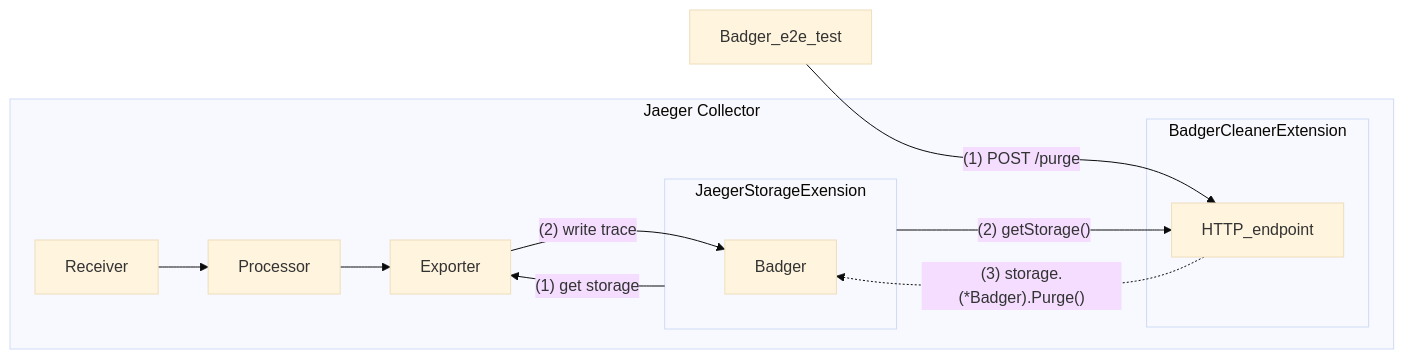
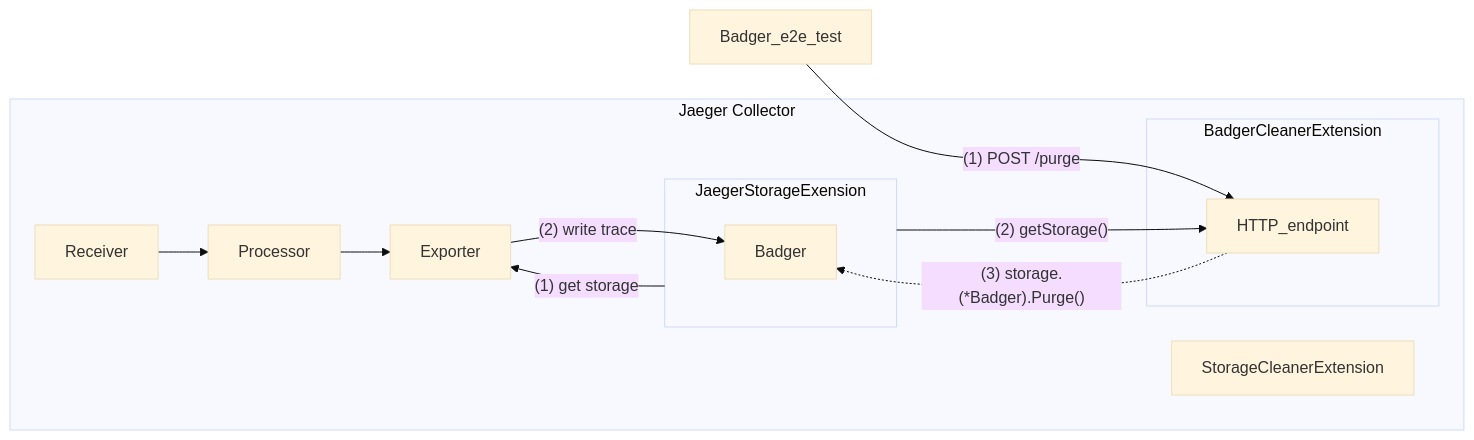
One commit to jaegertracing/jaeger changed the diagram in cmd/jaeger/internal/integration/storagecleaner/README.md. Above: the diagram before and after it, drawn with Mermaid (base theme).

````diff
--- a/cmd/jaeger/internal/integration/storagecleaner/README.md
+++ b/cmd/jaeger/internal/integration/storagecleaner/README.md
@@ -8,27 +8,27 @@
 ```mermaid
 flowchart LR
     Receiver --> Processor
     Processor --> Exporter
     JaegerStorageExension -->|"(1) get storage"| Exporter
     Exporter -->|"(2) write trace"| Badger
 
     Badger_e2e_test -->|"(1) POST /purge"| HTTP_endpoint
     JaegerStorageExension -->|"(2) getStorage()"| HTTP_endpoint
     HTTP_endpoint -.->|"(3) storage.(*Badger).Purge()"| Badger
 
     subgraph Jaeger Collector
         Receiver
         Processor
         Exporter
         
         Badger
-        BadgerCleanerExtension
+        StorageCleanerExtension
         HTTP_endpoint
         subgraph JaegerStorageExension
             Badger
         end
         subgraph BadgerCleanerExtension
             HTTP_endpoint
         end
     end
 ```
````
